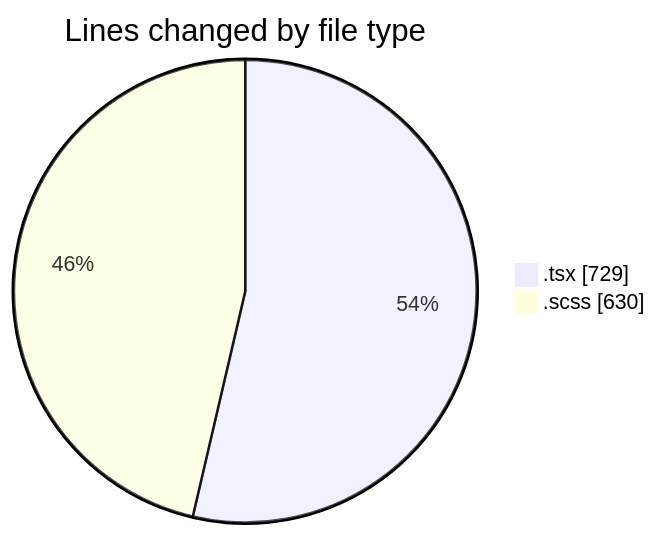
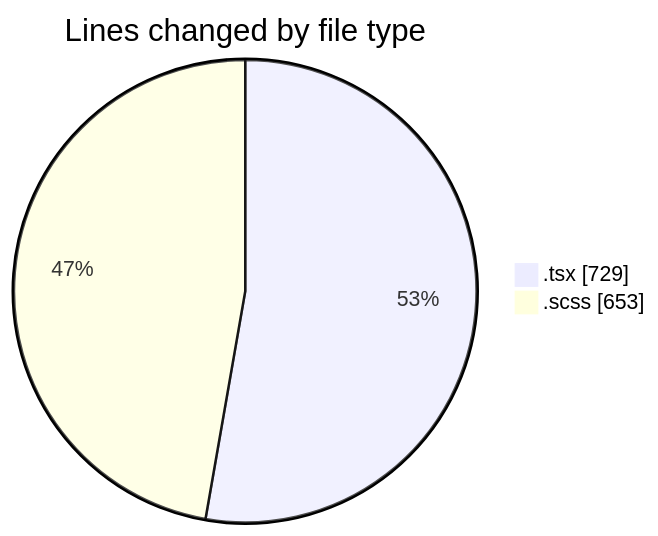
The first of 2 diagrams in 2025-10-06/cda/README.md (momahboobian/code-tracking), drawn with Mermaid before and after one commit. The commit also changed other lines of this file and 1 other file, not shown here.

````diff
--- a/2025-10-06/cda/README.md
+++ b/2025-10-06/cda/README.md
@@ -24,6 +24,6 @@
 ```mermaid
 pie showData
 title Lines changed by file type
 ".tsx" : 729
-".scss" : 630
+".scss" : 653
 ```
````
